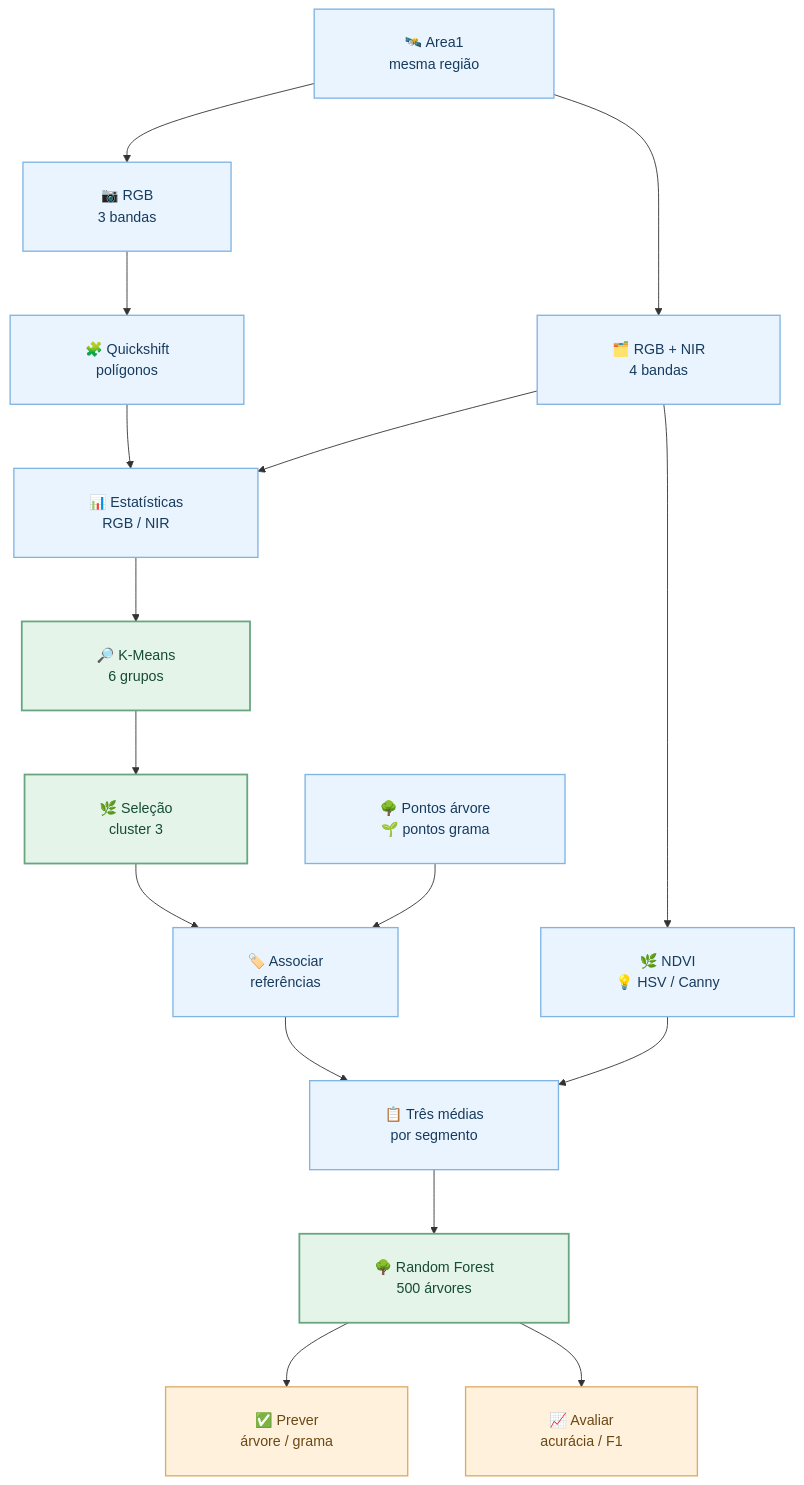
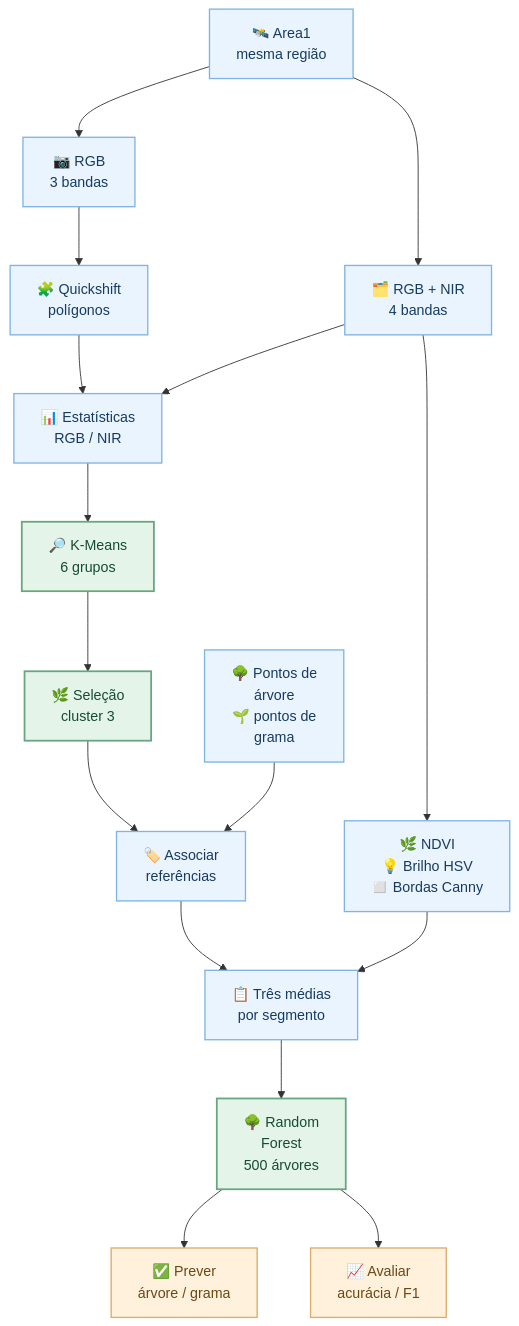
Before and after one commit to BrenoBragaGalvao/mestrado-arvores-urbanas: the first of 2 diagrams in README.md, drawn with Mermaid. The commit also changed other lines of this file, not shown here.

Commit message:
docs(readme): corrigir corte no Mermaid sem reduzir conteúdo; remover espaços forçados e quebrar linhas

````diff
--- a/README.md
+++ b/README.md
@@ -57,26 +57,26 @@
 ```mermaid
-%%{init: {"flowchart": {"nodeSpacing": 65, "rankSpacing": 72, "padding": 26}, "themeVariables": {"fontFamily": "Arial, sans-serif", "fontSize": "16px"}}}%%
+%%{init: {"flowchart": {"nodeSpacing": 60, "rankSpacing": 66}, "themeVariables": {"fontFamily": "Arial, sans-serif", "fontSize": "16px"}}}%%
 flowchart TD
-    A["&emsp;&emsp;🛰️ Area1&emsp;&emsp;<br/>&emsp;&emsp;mesma região&emsp;&emsp;"] --> B["&emsp;&emsp;📷 RGB&emsp;&emsp;<br/>&emsp;&emsp;3 bandas&emsp;&emsp;"]
-    A --> C["&emsp;&emsp;🗂️ RGB + NIR&emsp;&emsp;<br/>&emsp;&emsp;4 bandas&emsp;&emsp;"]
-    B --> D["&emsp;&emsp;🧩 Quickshift&emsp;&emsp;<br/>&emsp;&emsp;polígonos&emsp;&emsp;"]
-    D --> E["&emsp;&emsp;📊 Estatísticas&emsp;&emsp;<br/>&emsp;&emsp;RGB / NIR&emsp;&emsp;"]
+    A["🛰️ Area1<br/>mesma região"] --> B["📷 RGB<br/>3 bandas"]
+    A --> C["🗂️ RGB + NIR<br/>4 bandas"]
+    B --> D["🧩 Quickshift<br/>polígonos"]
+    D --> E["📊 Estatísticas<br/>RGB / NIR"]
     C --> E
-    E --> F["&emsp;&emsp;🔎 K-Means&emsp;&emsp;<br/>&emsp;&emsp;6 grupos&emsp;&emsp;"]
-    F --> G["&emsp;&emsp;🌿 Seleção&emsp;&emsp;<br/>&emsp;&emsp;cluster 3&emsp;&emsp;"]
-    G --> H["&emsp;&emsp;🏷️ Associar&emsp;&emsp;<br/>&emsp;&emsp;referências&emsp;&emsp;"]
-    P["&emsp;&emsp;🌳 Pontos árvore&emsp;&emsp;<br/>&emsp;&emsp;🌱 pontos grama&emsp;&emsp;"] --> H
-    C --> I["&emsp;&emsp;🌿 NDVI&emsp;&emsp;<br/>&emsp;&emsp;💡 HSV / Canny&emsp;&emsp;"]
-    I --> J["&emsp;&emsp;📋 Três médias&emsp;&emsp;<br/>&emsp;&emsp;por segmento&emsp;&emsp;"]
+    E --> F["🔎 K-Means<br/>6 grupos"]
+    F --> G["🌿 Seleção<br/>cluster 3"]
+    G --> H["🏷️ Associar<br/>referências"]
+    P["🌳 Pontos de<br/>árvore<br/>🌱 pontos de<br/>grama"] --> H
+    C --> I["🌿 NDVI<br/>💡 Brilho HSV<br/>◻️ Bordas Canny"]
+    I --> J["📋 Três médias<br/>por segmento"]
     H --> J
-    J --> K["&emsp;&emsp;🌳 Random Forest&emsp;&emsp;<br/>&emsp;&emsp;500 árvores&emsp;&emsp;"]
-    K --> L["&emsp;&emsp;✅ Prever&emsp;&emsp;<br/>&emsp;&emsp;árvore / grama&emsp;&emsp;"]
-    K --> M["&emsp;&emsp;📈 Avaliar&emsp;&emsp;<br/>&emsp;&emsp;acurácia / F1&emsp;&emsp;"]
+    J --> K["🌳 Random<br/>Forest<br/>500 árvores"]
+    K --> L["✅ Prever<br/>árvore / grama"]
+    K --> M["📈 Avaliar<br/>acurácia / F1"]
 
     classDef dados fill:#eaf4ff,stroke:#80b4e2,color:#163b5d,stroke-width:1.5px;
     classDef processamento fill:#e4f4e8,stroke:#67a681,color:#164b35,stroke-width:2px;
     classDef resultados fill:#fff1db,stroke:#dcab68,color:#6b4714,stroke-width:1.5px;
     class A,B,C,D,E,P,H,I,J dados;
     class F,G,K processamento;
     class L,M resultados;
 ```
````
